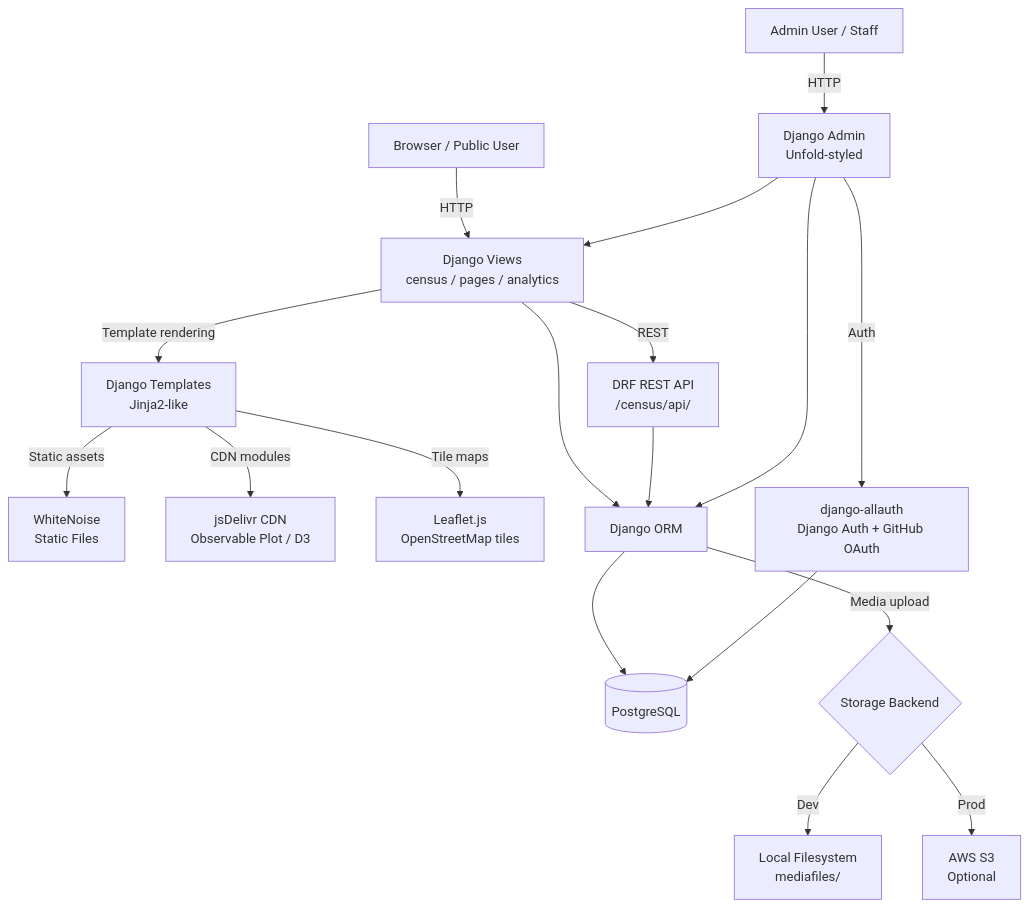
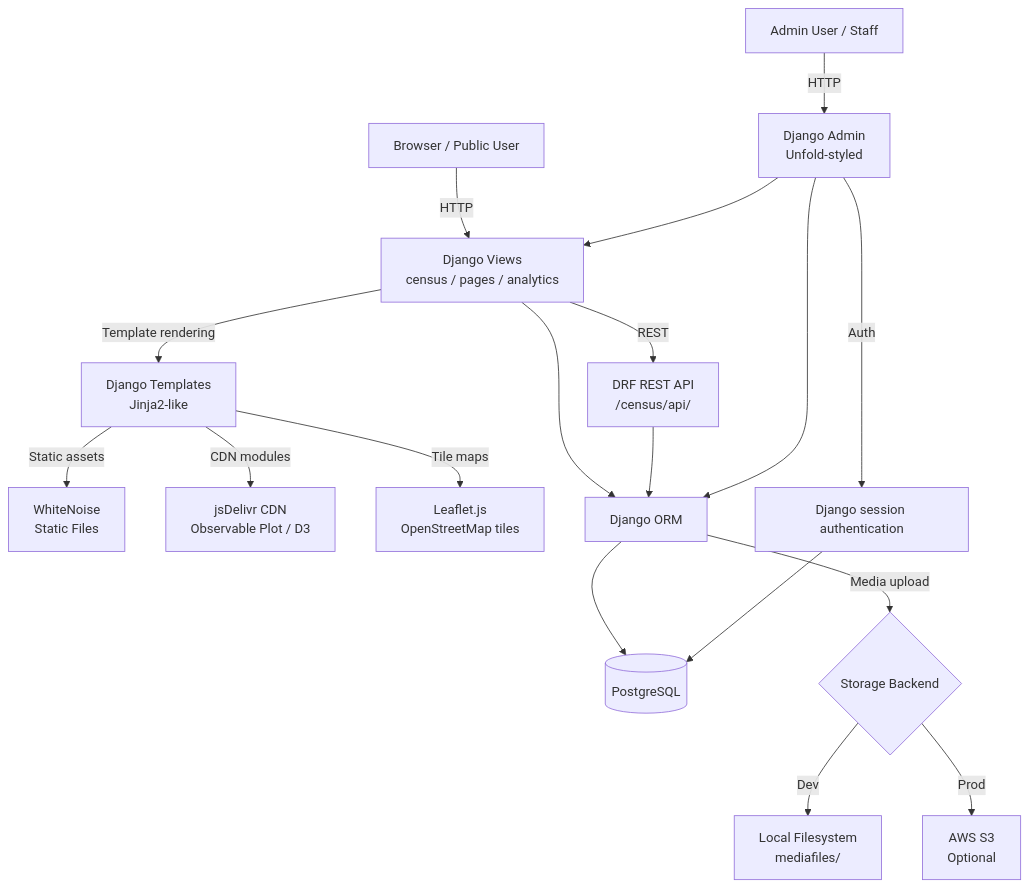
The first of 2 diagrams in AGENTS.md (chnm/relec-django), drawn with Mermaid before and after one commit. The commit also changed other lines of this file, not shown here.

Commit message:
docs: refresh agent architecture context

````diff
--- a/AGENTS.md
+++ b/AGENTS.md
@@ -268,29 +265,29 @@
 ```mermaid
 graph TD
     Browser[Browser / Public User]
     Admin[Admin User / Staff]
 
     Browser -->|HTTP| DjangoViews[Django Views\ncensus / pages / analytics]
     Admin -->|HTTP| DjangoAdmin[Django Admin\nUnfold-styled]
 
     DjangoViews -->|Template rendering| Templates[Django Templates\nJinja2-like]
     DjangoViews -->|REST| DRFAPI[DRF REST API\n/census/api/]
     DjangoAdmin --> DjangoViews
 
     Templates -->|Static assets| WhiteNoise[WhiteNoise\nStatic Files]
     Templates -->|CDN modules| CDN[jsDelivr CDN\nObservable Plot / D3]
     Templates -->|Tile maps| Leaflet[Leaflet.js\nOpenStreetMap tiles]
 
     DjangoViews --> ORM[Django ORM]
     DRFAPI --> ORM
     DjangoAdmin --> ORM
 
     ORM --> PostgreSQL[(PostgreSQL)]
 
     ORM -->|Media upload| Storage{Storage Backend}
     Storage -->|Dev| LocalFS[Local Filesystem\nmediafiles/]
     Storage -->|Prod| S3[AWS S3\nOptional]
 
-    DjangoAdmin -->|Auth| Allauth[django-allauth\nDjango Auth + GitHub OAuth]
-    Allauth --> PostgreSQL
+    DjangoAdmin -->|Auth| DjangoAuth[Django session authentication]
+    DjangoAuth --> PostgreSQL
 ```
````
